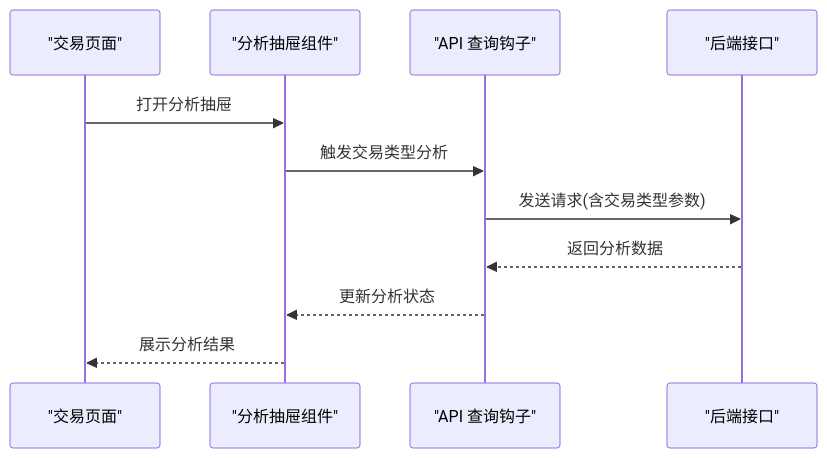
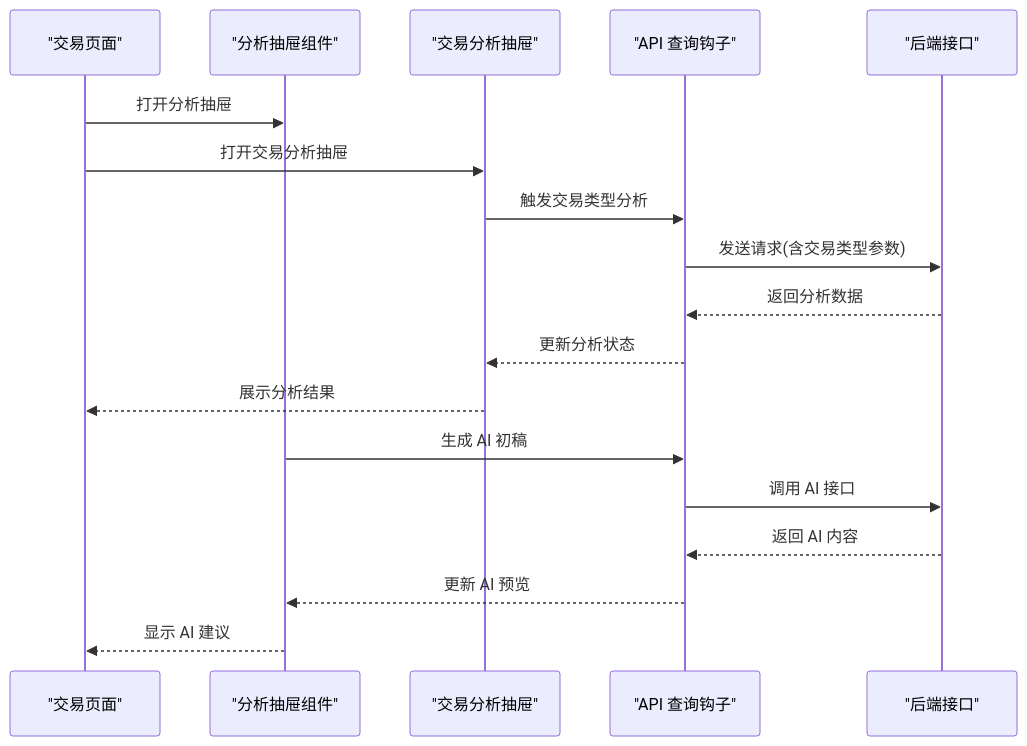
The eighth of 10 diagrams in .qoder/repowiki/zh/content/核心模块/交易分析模块.md (Damao997/newproject), drawn with Mermaid before and after one commit. The commit also changed other lines of this file and 22 other files, not shown here.

````diff
--- a/.qoder/repowiki/zh/content/核心模块/交易分析模块.md
+++ b/.qoder/repowiki/zh/content/核心模块/交易分析模块.md
@@ -397,13 +437,20 @@
 ```mermaid
 sequenceDiagram
 participant Page as "交易页面"
 participant Drawer as "分析抽屉组件"
+participant TxnDrawer as "交易分析抽屉"
 participant Hooks as "API 查询钩子"
 participant API as "后端接口"
 Page->>Drawer : 打开分析抽屉
-Drawer->>Hooks : 触发交易类型分析
+Page->>TxnDrawer : 打开交易分析抽屉
+TxnDrawer->>Hooks : 触发交易类型分析
 Hooks->>API : 发送请求(含交易类型参数)
 API-->>Hooks : 返回分析数据
-Hooks-->>Drawer : 更新分析状态
-Drawer-->>Page : 展示分析结果
+Hooks-->>TxnDrawer : 更新分析状态
+TxnDrawer-->>Page : 展示分析结果
+Drawer->>Hooks : 生成 AI 初稿
+Hooks->>API : 调用 AI 接口
+API-->>Hooks : 返回 AI 内容
+Hooks-->>Drawer : 更新 AI 预览
+Drawer-->>Page : 显示 AI 建议
 ```
````
